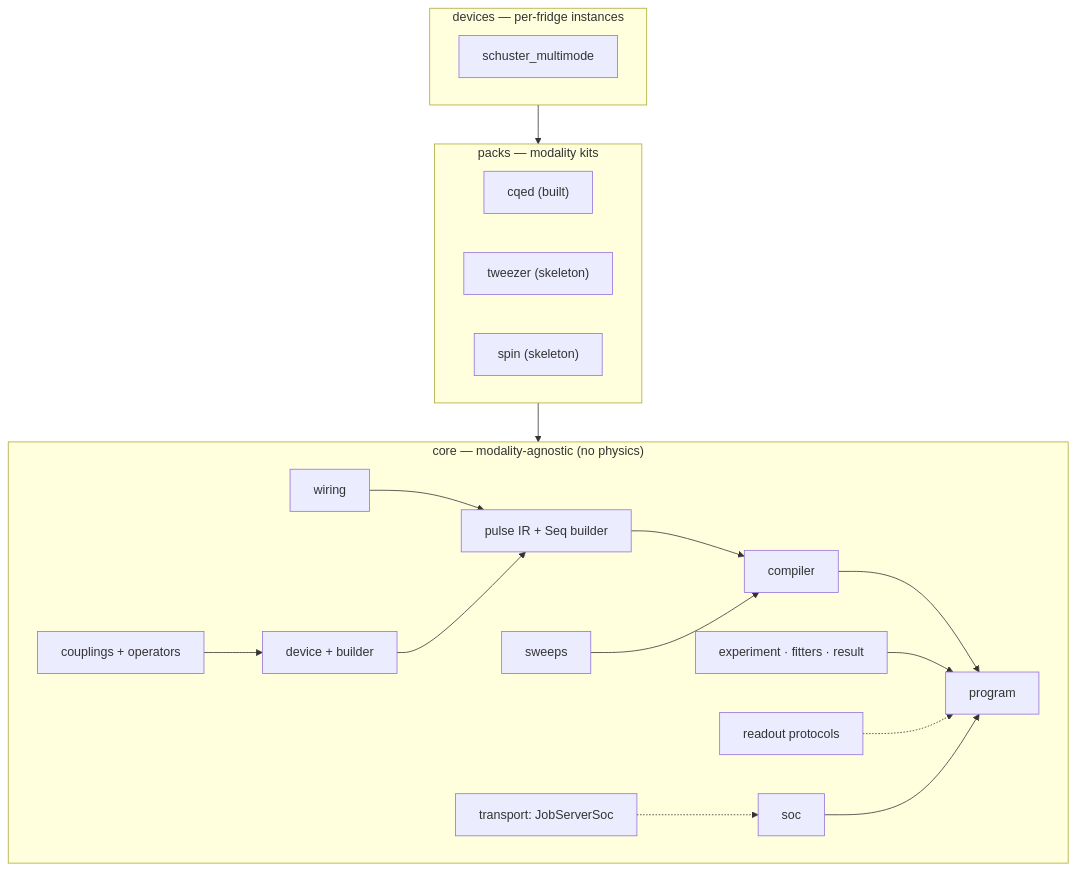
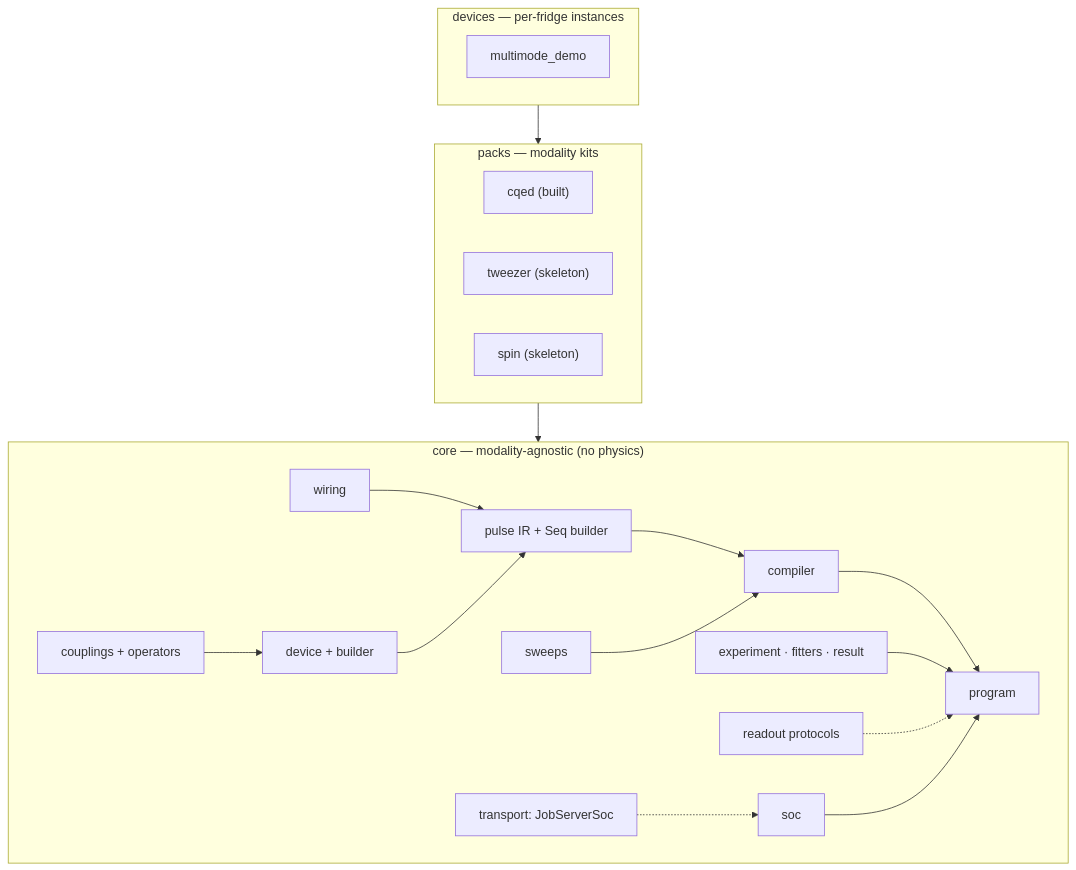
One commit to harmoniqs/strumento changed the diagram in README.md. Above: the diagram before and after it, drawn with Mermaid. The commit also changed other lines of this file and 38 other files, not shown here.

````diff
--- a/README.md
+++ b/README.md
@@ -84,24 +82,24 @@
 ```mermaid
 flowchart TD
     subgraph core["core — modality-agnostic (no physics)"]
         W[wiring] --> P[pulse IR + Seq builder]
         P --> C[compiler] --> PR[program]
         SW[sweeps] --> C
         DEV[device + builder] --> P
         CPL[couplings + operators] --> DEV
         EX[experiment · fitters · result] --> PR
         RK[readout protocols] -.-> PR
         SOC[soc] --> PR
         TR[transport: JobServerSoc] -.-> SOC
     end
     subgraph packs["packs — modality kits"]
         CQED["cqed (built)"]
         TWZ["tweezer (skeleton)"]
         SPIN["spin (skeleton)"]
     end
     subgraph devices["devices — per-fridge instances"]
-        SM[schuster_multimode]
+        SM[multimode_demo]
     end
     packs --> core
     devices --> packs
 ```
````
